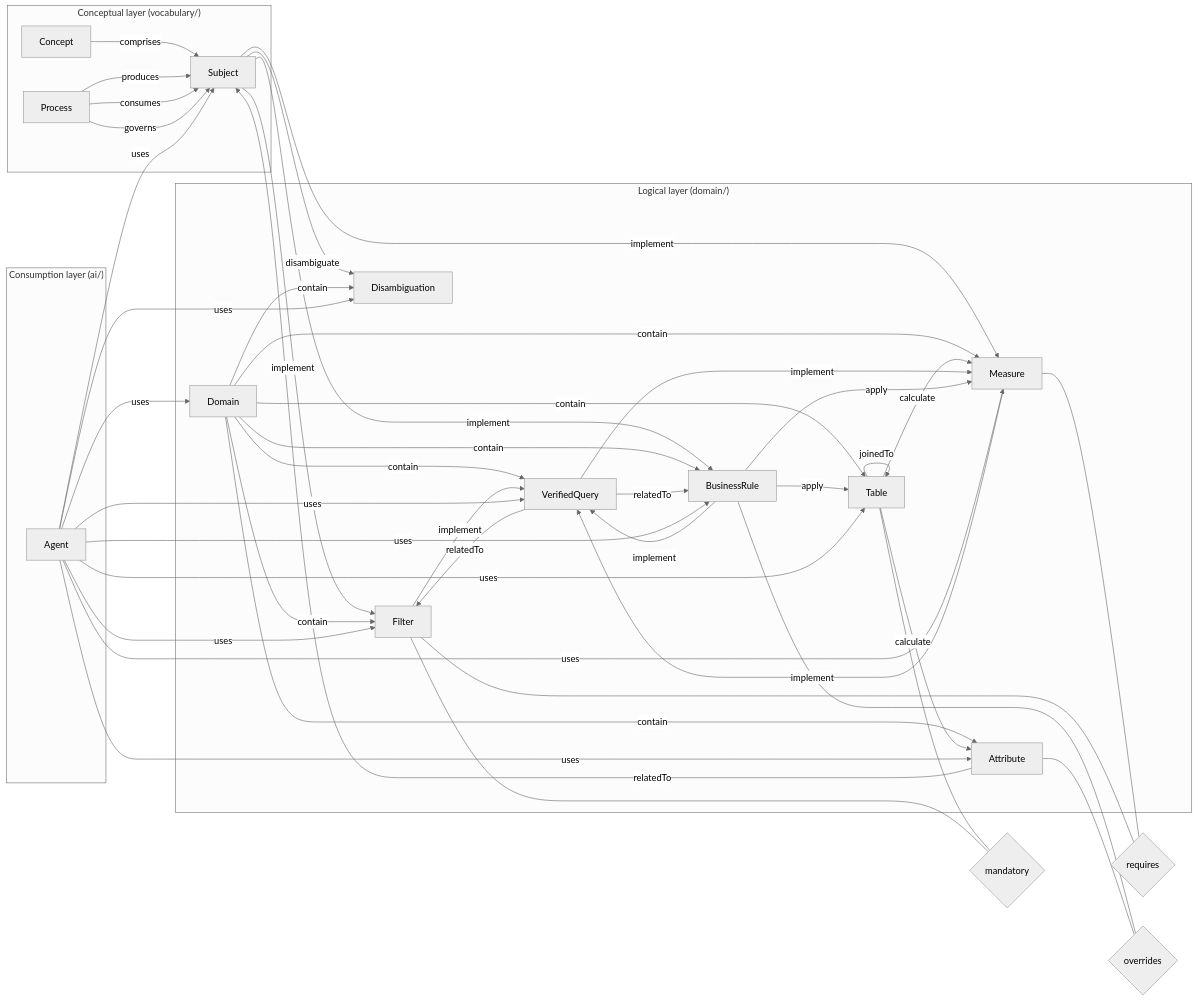
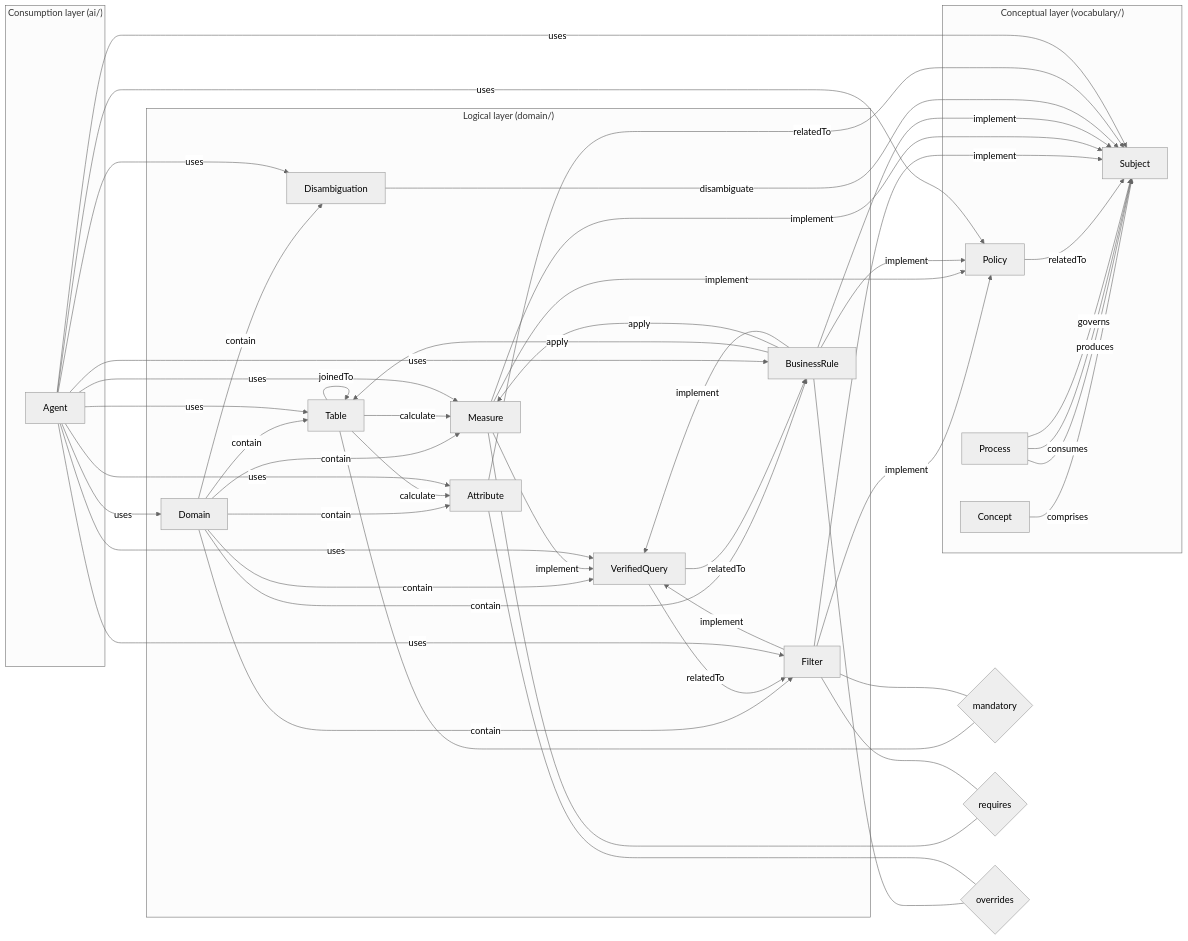
Before and after one commit to epakon/knowledge-graph: the diagram in SPEC.md, drawn with Mermaid (neutral theme). The commit also changed other lines of this file and 27 other files, not shown here.

````diff
--- a/SPEC.md
+++ b/SPEC.md
@@ -63,77 +64,82 @@
 ```mermaid
 graph LR
     subgraph conceptual["Conceptual layer (vocabulary/)"]
         Concept["Concept"]
         Subject["Subject"]
         Process["Process"]
+        Policy["Policy"]
     end
 
     subgraph logical["Logical layer (domain/)"]
         Domain["Domain"]
         Table["Table"]
         Measure["Measure"]
         Attribute["Attribute"]
         Filter["Filter"]
         VerifiedQuery["VerifiedQuery"]
         BusinessRule["BusinessRule"]
         Disambiguation["Disambiguation"]
     end
 
     subgraph consumption["Consumption layer (ai/)"]
         Agent["Agent"]
     end
 
     Concept -->|comprises| Subject
     Process -->|produces| Subject
     Process -->|consumes| Subject
     Process -->|governs| Subject
+    Policy -->|relatedTo| Subject
 
-    Subject -->|implement| Filter
-    Subject -->|implement| Measure
-    Subject -->|implement| BusinessRule
-    Subject -->|disambiguate| Disambiguation
+    Filter -->|implement| Subject
+    Measure -->|implement| Subject
+    BusinessRule -->|implement| Subject
+    Filter -->|implement| Policy
+    Measure -->|implement| Policy
+    BusinessRule -->|implement| Policy
+    Disambiguation -->|disambiguate| Subject
 
     Domain -->|contain| Table
     Domain -->|contain| Measure
     Domain -->|contain| Filter
     Domain -->|contain| VerifiedQuery
     Domain -->|contain| BusinessRule
     Domain -->|contain| Attribute
     Domain -->|contain| Disambiguation
 
     Table -->|calculate| Attribute
     Table -->|calculate| Measure
     Table -->|joinedTo| Table
 
     Table --- mandatory{mandatory}
     Filter --- mandatory
 
     Measure --- requires{requires}
     Filter --- requires
 
     BusinessRule --- overrides{overrides}
     Attribute --- overrides
 
-    VerifiedQuery -->|implement| Measure
     VerifiedQuery -->|relatedTo| Filter
     VerifiedQuery -->|relatedTo| BusinessRule
 
     BusinessRule -->|apply| Table
     BusinessRule -->|apply| Measure
     BusinessRule -->|implement| VerifiedQuery
 
     Measure -->|implement| VerifiedQuery
     Filter -->|implement| VerifiedQuery
 
     Attribute -->|relatedTo| Subject
 
     Agent -->|uses| Table
     Agent -->|uses| Measure
     Agent -->|uses| Attribute
     Agent -->|uses| Filter
     Agent -->|uses| BusinessRule
     Agent -->|uses| VerifiedQuery
     Agent -->|uses| Subject
+    Agent -->|uses| Policy
     Agent -->|uses| Domain
     Agent -->|uses| Disambiguation
 ```
````
